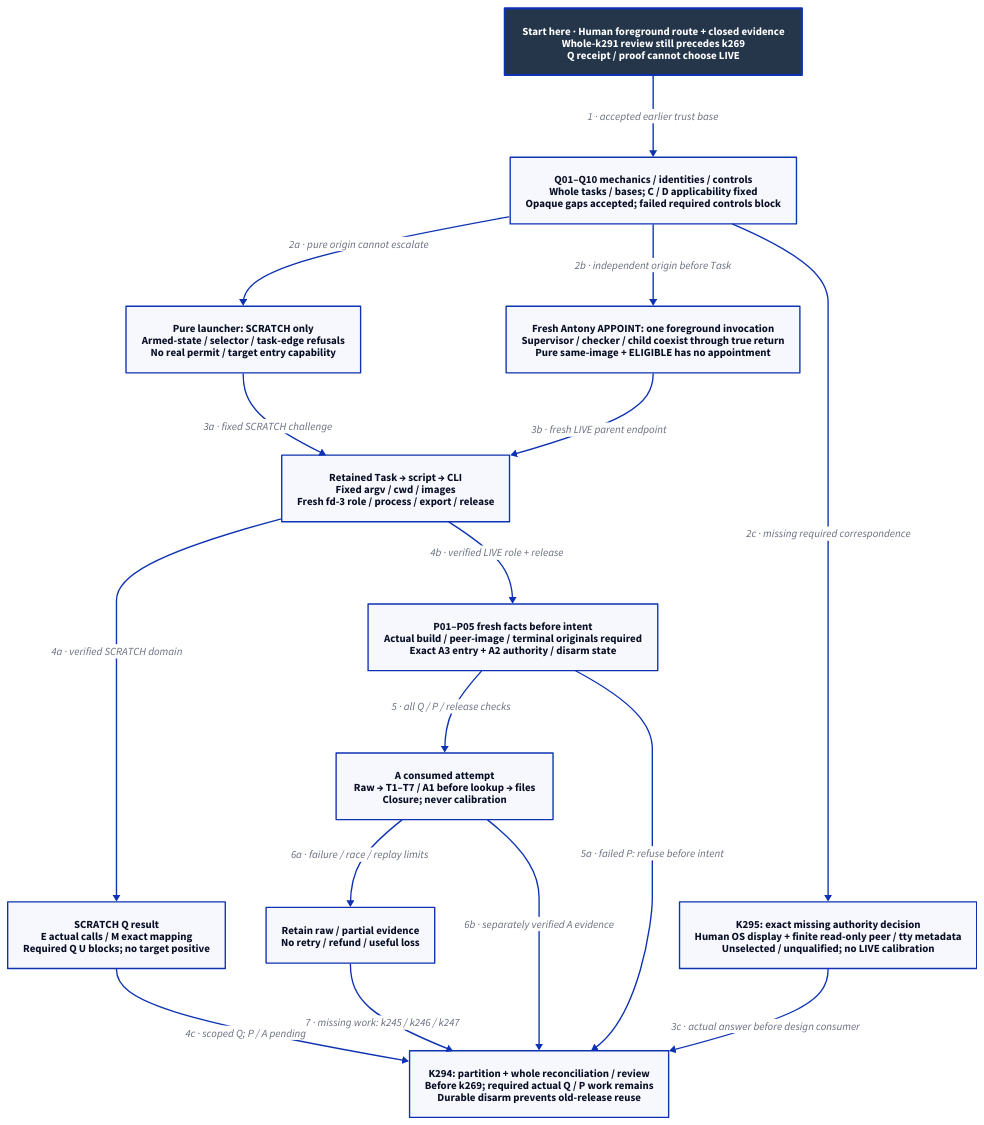
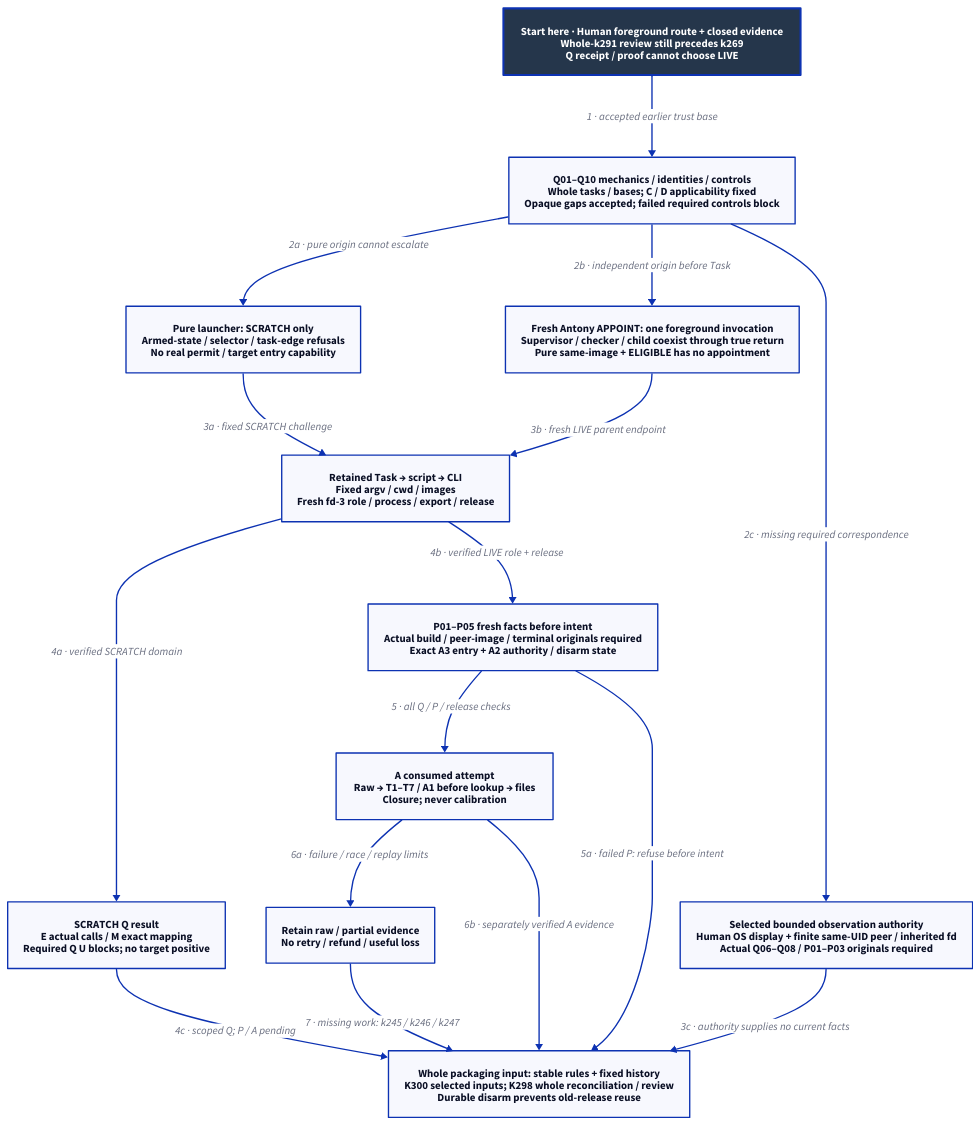
The diagram in docs/design/architecture/native-reference-packaging.d2 (Linkuistics/Koine), drawn with D2 before and after one commit. The commit also changed 12 other files, not shown here.

Commit message:
Partition whole packaging and runtime inputs (reference-evidence-packaging-inputs-k299)

```diff
--- a/docs/design/architecture/native-reference-packaging.d2
+++ b/docs/design/architecture/native-reference-packaging.d2
@@ -1,31 +1,31 @@
 # Proposed staged credit; no artifact, release or operation is qualified.
 direction: down
 classes: {
   start: {style: {fill: "#25364B"; font-color: "#FFFFFF"; bold: true; stroke-width: 3}}
 }
 Start: "Start here · Human foreground route + closed evidence\nWhole-k291 review still precedes k269\nQ receipt / proof cannot choose LIVE" {class: start}
 Ready: "Q01–Q10 mechanics / identities / controls\nWhole tasks / bases; C / D applicability fixed\nOpaque gaps accepted; failed required controls block"
 Task: "Retained Task → script → CLI\nFixed argv / cwd / images\nFresh fd-3 role / process / export / release"
 Scratch: "Pure launcher: SCRATCH only\nArmed-state / selector / task-edge refusals\nNo real permit / target entry capability"
 Live: "Fresh Antony APPOINT: one foreground invocation\nSupervisor / checker / child coexist through true return\nPure same-image + ELIGIBLE has no appointment"
 Proof: "SCRATCH Q result\nE actual calls / M exact mapping\nRequired Q U blocks; no target positive"
 Preflight: "P01–P05 fresh facts before intent\nActual build / peer-image / terminal originals required\nExact A3 entry + A2 authority / disarm state"
 Attempt: "A consumed attempt\nRaw → T1–T7 / A1 before lookup → files\nClosure; never calibration"
 Failure: "Retain raw / partial evidence\nNo retry / refund / useful loss"
-Route: "K295: exact missing authority decision\nHuman OS display + finite read-only peer / tty metadata\nUnselected / unqualified; no LIVE calibration"
-Final: "K294: partition + whole reconciliation / review\nBefore k269; required actual Q / P work remains\nDurable disarm prevents old-release reuse"
+Route: "Selected bounded observation authority\nHuman OS display + finite same-UID peer / inherited fd\nActual Q06–Q08 / P01–P03 originals required"
+Final: "Whole packaging input: stable rules + fixed history\nK300 selected inputs; K298 whole reconciliation / review\nDurable disarm prevents old-release reuse"
 Start -> Ready: "1 · accepted earlier trust base"
 Ready -> Scratch: "2a · pure origin cannot escalate"
 Ready -> Live: "2b · independent origin before Task"
 Scratch -> Task: "3a · fixed SCRATCH challenge"
 Live -> Task: "3b · fresh LIVE parent endpoint"
 Task -> Proof: "4a · verified SCRATCH domain"
 Proof -> Final: "4c · scoped Q; P / A pending"
 Task -> Preflight: "4b · verified LIVE role + release"
 Preflight -> Attempt: "5 · all Q / P / release checks"
 Preflight -> Final: "5a · failed P: refuse before intent"
 Ready -> Route: "2c · missing required correspondence"
-Route -> Final: "3c · actual answer before design consumer"
+Route -> Final: "3c · authority supplies no current facts"
 Attempt -> Failure: "6a · failure / race / replay limits"
 Attempt -> Final: "6b · separately verified A evidence"
 Failure -> Final: "7 · missing work: k245 / k246 / k247"
```
